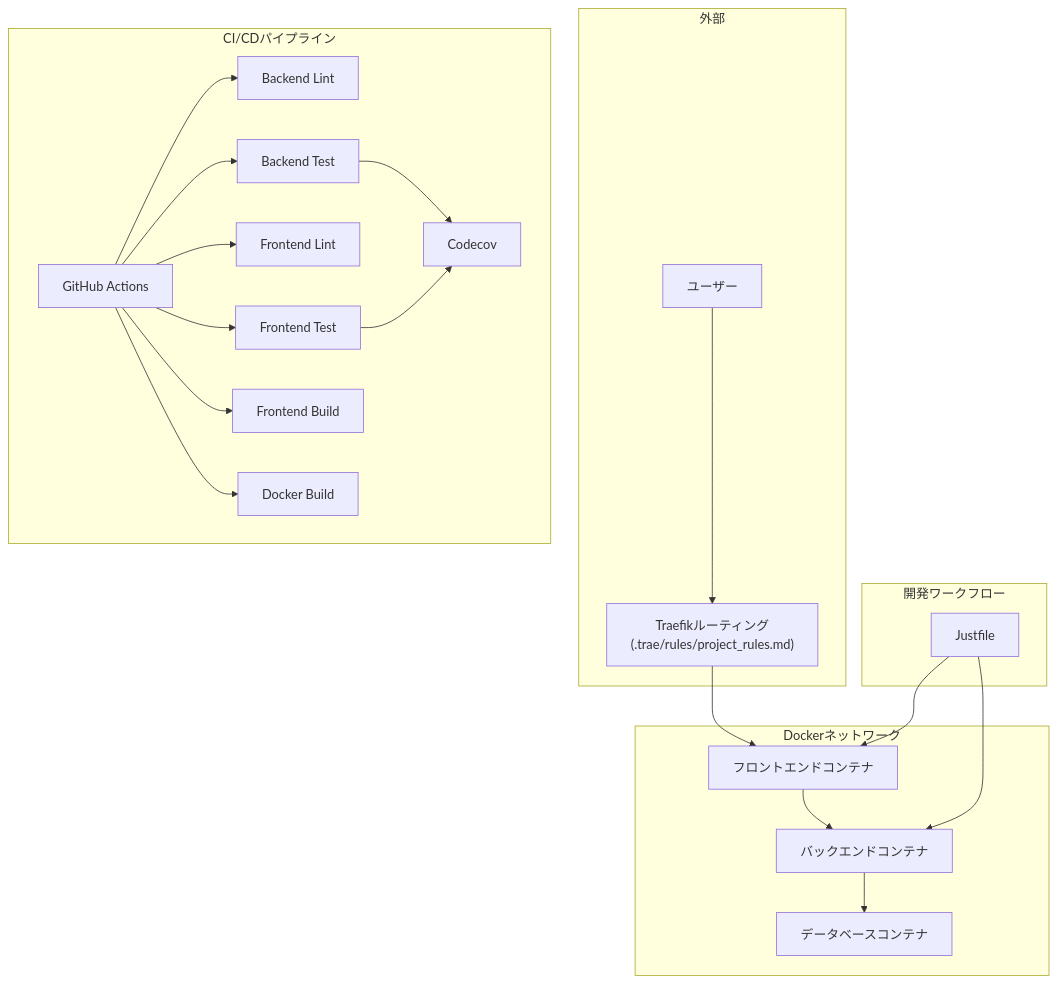
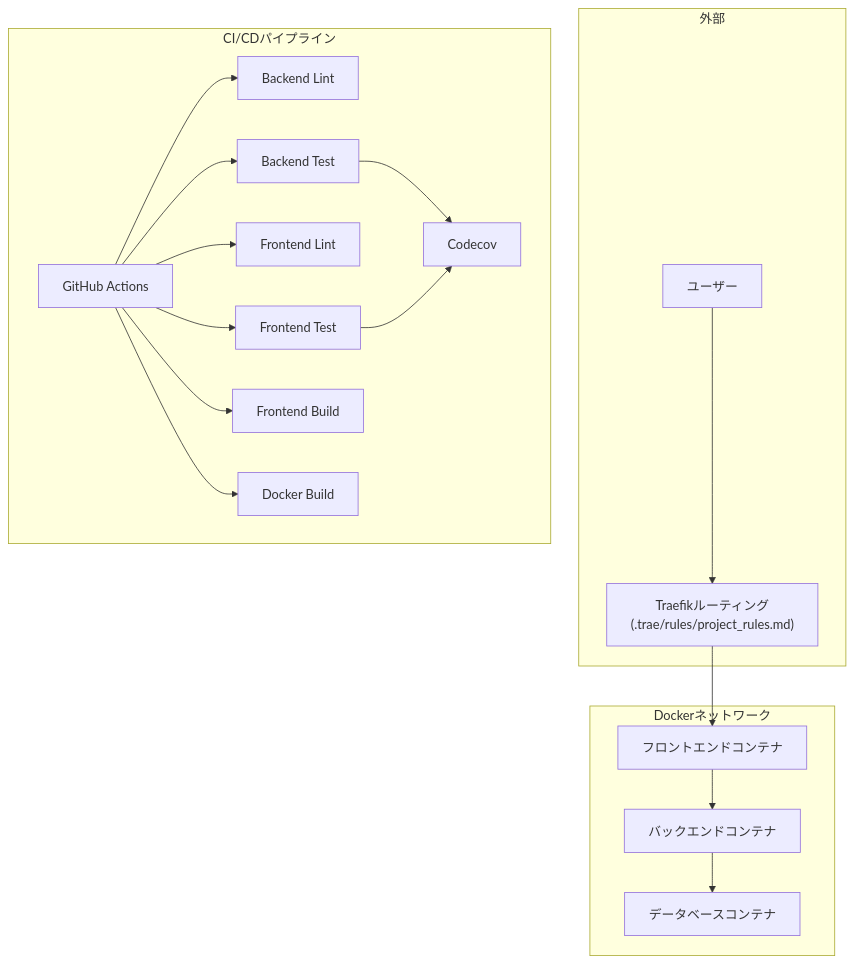
The second of 7 diagrams in .qoder/repowiki/ja/content/アーキテクチャ/インフラアーキテクチャ.md (ss8806/Todos), drawn with Mermaid before and after one commit. The commit also changed other lines of this file and 5 other files, not shown here.

First line of the commit message:
📐 Architecture Diagram詳細化

````diff
--- a/.qoder/repowiki/ja/content/アーキテクチャ/インフラアーキテクチャ.md
+++ b/.qoder/repowiki/ja/content/アーキテクチャ/インフラアーキテクチャ.md
@@ -212,39 +199,34 @@
 ```mermaid
 graph TB
 subgraph "外部"
 U["ユーザー"]
 TR["Traefikルーティング(.trae/rules/project_rules.md)"]
 end
 subgraph "Dockerネットワーク"
 FE["フロントエンドコンテナ"]
 BE["バックエンドコンテナ"]
 DB["データベースコンテナ"]
-end
-subgraph "開発ワークフロー"
-JF["Justfile"]
 end
 subgraph "CI/CDパイプライン"
 GH["GitHub Actions"]
 BL["Backend Lint"]
 BT["Backend Test"]
 FL["Frontend Lint"]
 FT["Frontend Test"]
 FB["Frontend Build"]
 DBI["Docker Build"]
 CV["Codecov"]
 end
 U --> TR
 TR --> FE
 FE --> BE
 BE --> DB
-JF --> FE
-JF --> BE
 GH --> BL
 GH --> BT
 GH --> FL
 GH --> FT
 GH --> FB
 GH --> DBI
 BT --> CV
 FT --> CV
 ```
````
